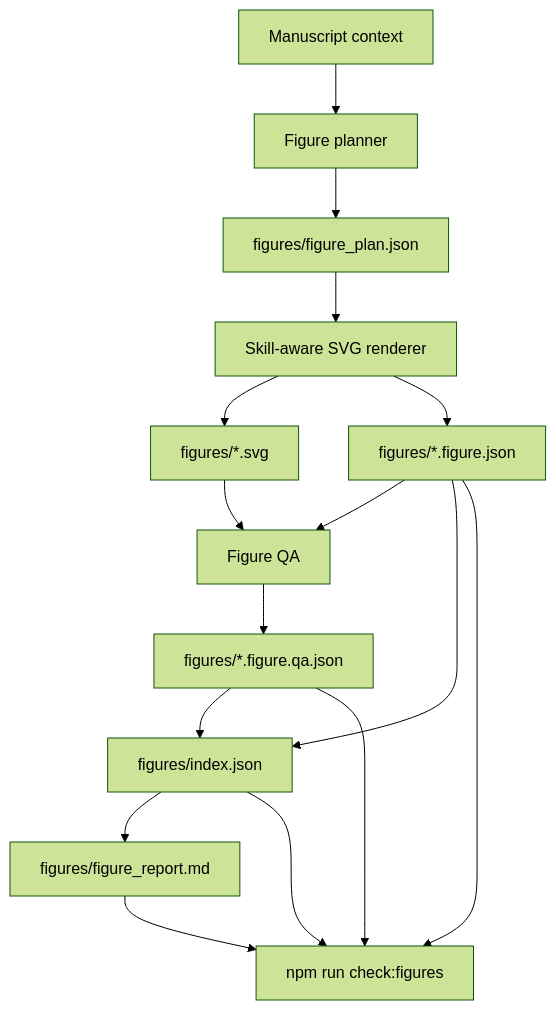
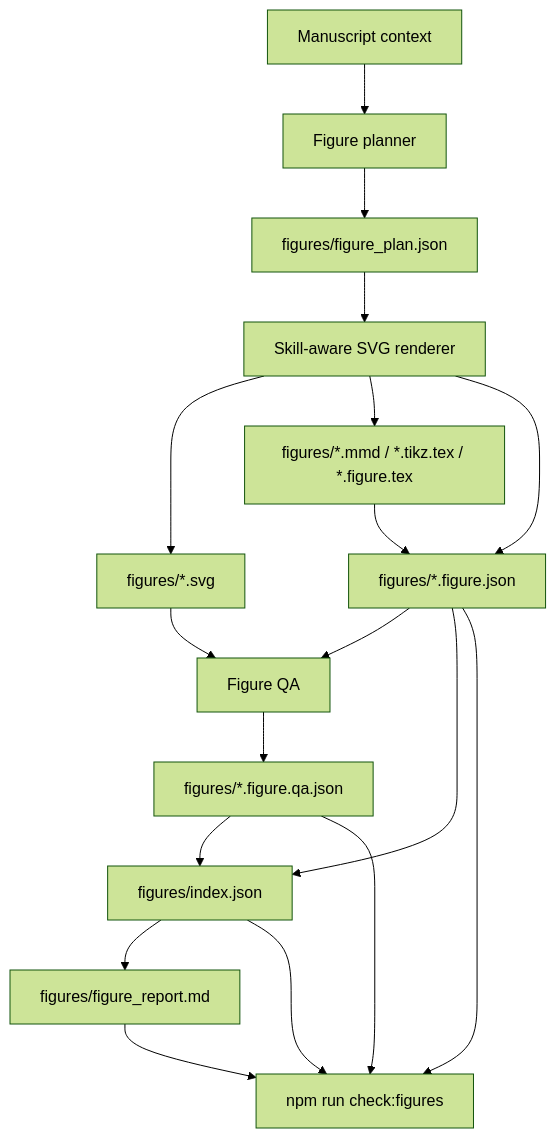
The second of 2 diagrams in docs/ARCHITECTURE.md (huangjin430724-dot/PaperForge), drawn with Mermaid (forest theme) before and after one commit. The commit also changed other lines of this file and 9 other files, not shown here.

Commit message:
feat: add editable figure exports

````diff
--- a/docs/ARCHITECTURE.md
+++ b/docs/ARCHITECTURE.md
@@ -87,30 +90,33 @@
 ```mermaid
 flowchart TD
   manuscript["Manuscript context"]
   planner["Figure planner"]
   plan["figures/figure_plan.json"]
   renderer["Skill-aware SVG renderer"]
   svg["figures/*.svg"]
+  editable["figures/*.mmd / *.tikz.tex / *.figure.tex"]
   package["figures/*.figure.json"]
   qa["Figure QA"]
   qaReport["figures/*.figure.qa.json"]
   registry["figures/index.json"]
   report["figures/figure_report.md"]
   gate["npm run check:figures"]
 
   manuscript --> planner
   planner --> plan
   plan --> renderer
   renderer --> svg
+  renderer --> editable
   renderer --> package
   svg --> qa
   package --> qa
+  editable --> package
   qa --> qaReport
   package --> registry
   qaReport --> registry
   registry --> report
   registry --> gate
   package --> gate
   qaReport --> gate
   report --> gate
 ```
````
